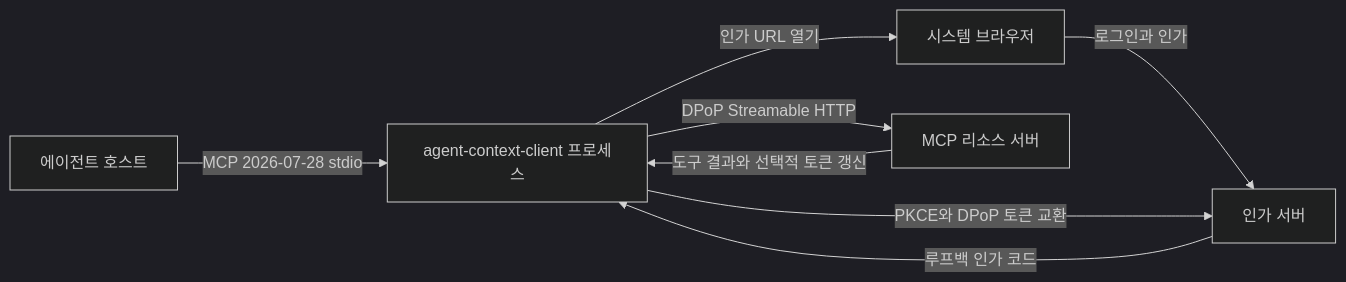
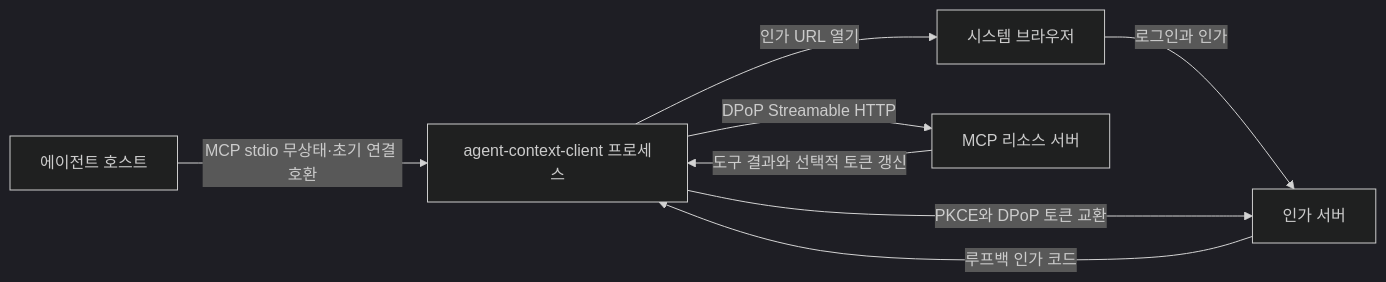
One commit to Alpha-gone/agent-context-sharing changed the first of 2 diagrams in spec/service/agent-context-client/SDD.md. Above: the diagram before and after it, drawn with Mermaid (dark theme). The commit also changed other lines of this file and 35 other files, not shown here.

````diff
--- a/spec/service/agent-context-client/SDD.md
+++ b/spec/service/agent-context-client/SDD.md
@@ -29,16 +29,16 @@
 ```mermaid
 flowchart LR
     host[에이전트 호스트]
     client[agent-context-client 프로세스]
     browser[시스템 브라우저]
     auth[인가 서버]
     resource[MCP 리소스 서버]
 
-    host -->|MCP 2026-07-28 stdio| client
+    host -->|MCP stdio 무상태·초기 연결 호환| client
     client -->|인가 URL 열기| browser
     browser -->|로그인과 인가| auth
     auth -->|루프백 인가 코드| client
     client -->|PKCE와 DPoP 토큰 교환| auth
     client -->|DPoP Streamable HTTP| resource
     resource -->|도구 결과와 선택적 토큰 갱신| client
 ```
````
